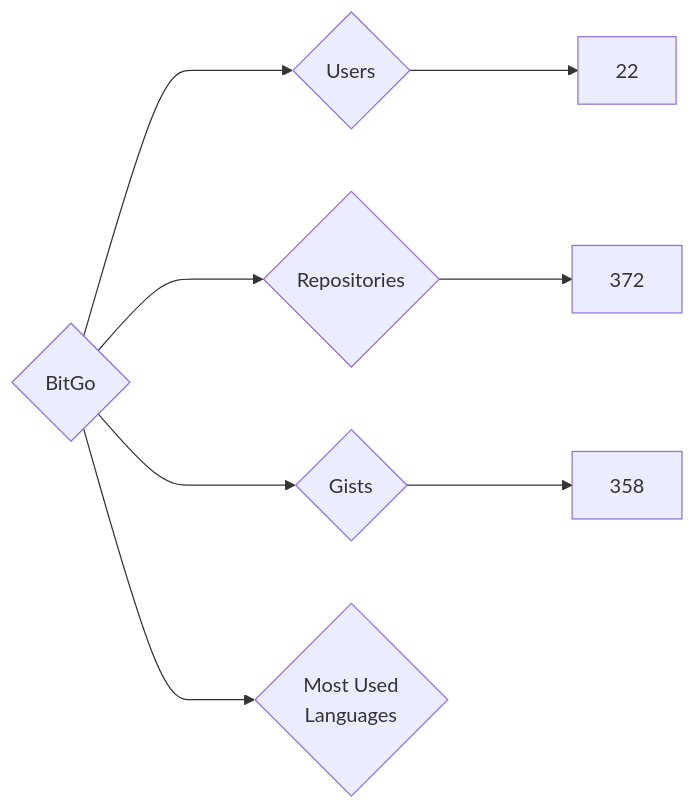
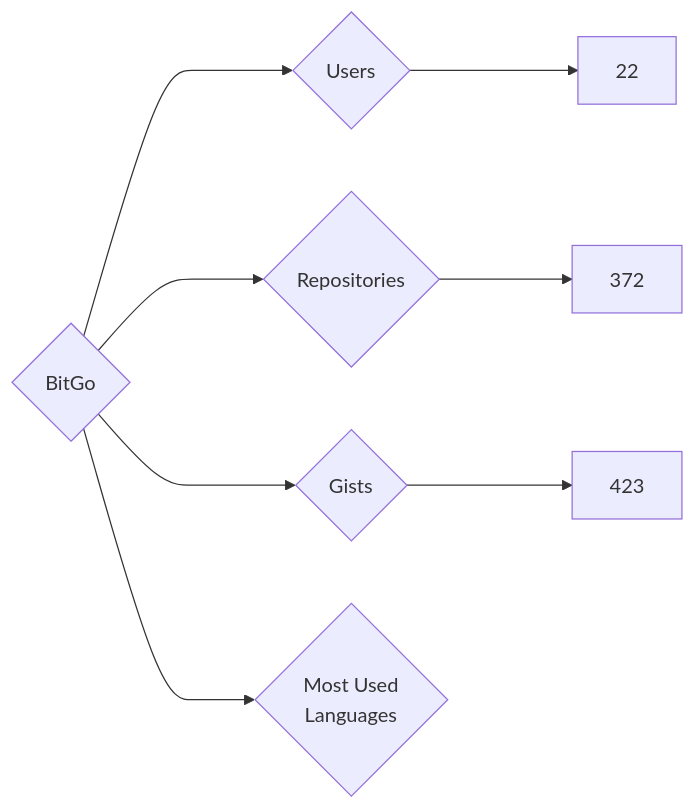
The diagram in targets/BitGo/README.md (nenadzaric/insiders), drawn with Mermaid before and after one commit. The commit also changed 1342 other files, not shown here.

````diff
--- a/targets/BitGo/README.md
+++ b/targets/BitGo/README.md
@@ -3,8 +3,8 @@
 ```mermaid
 graph LR
 COMPANY_NAME{BitGo}
 COMPANY_NAME ---> U{Users} ---> UN[22]
 COMPANY_NAME ---> R{Repositories} ---> RN[372]
-COMPANY_NAME ---> G{Gists} ---> GN[358]
+COMPANY_NAME ---> G{Gists} ---> GN[423]
 COMPANY_NAME ---> ML{Most Used<br>Languages}
 ```
````
